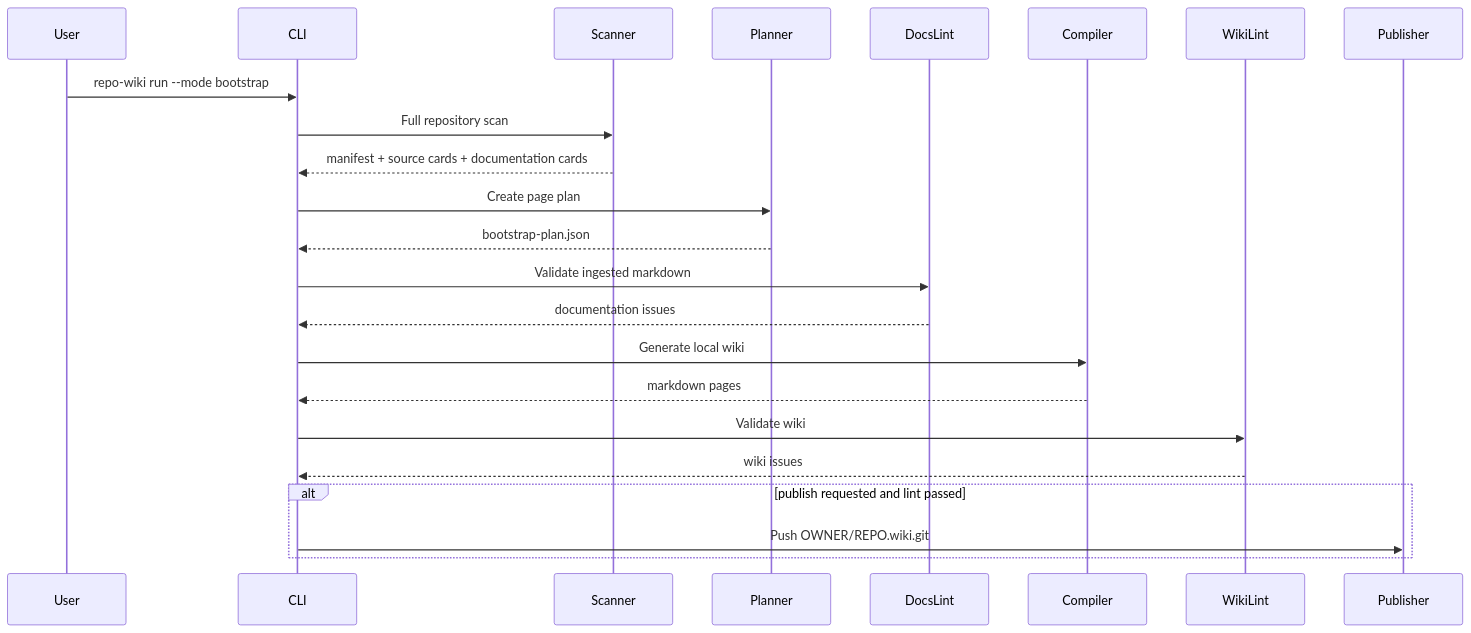
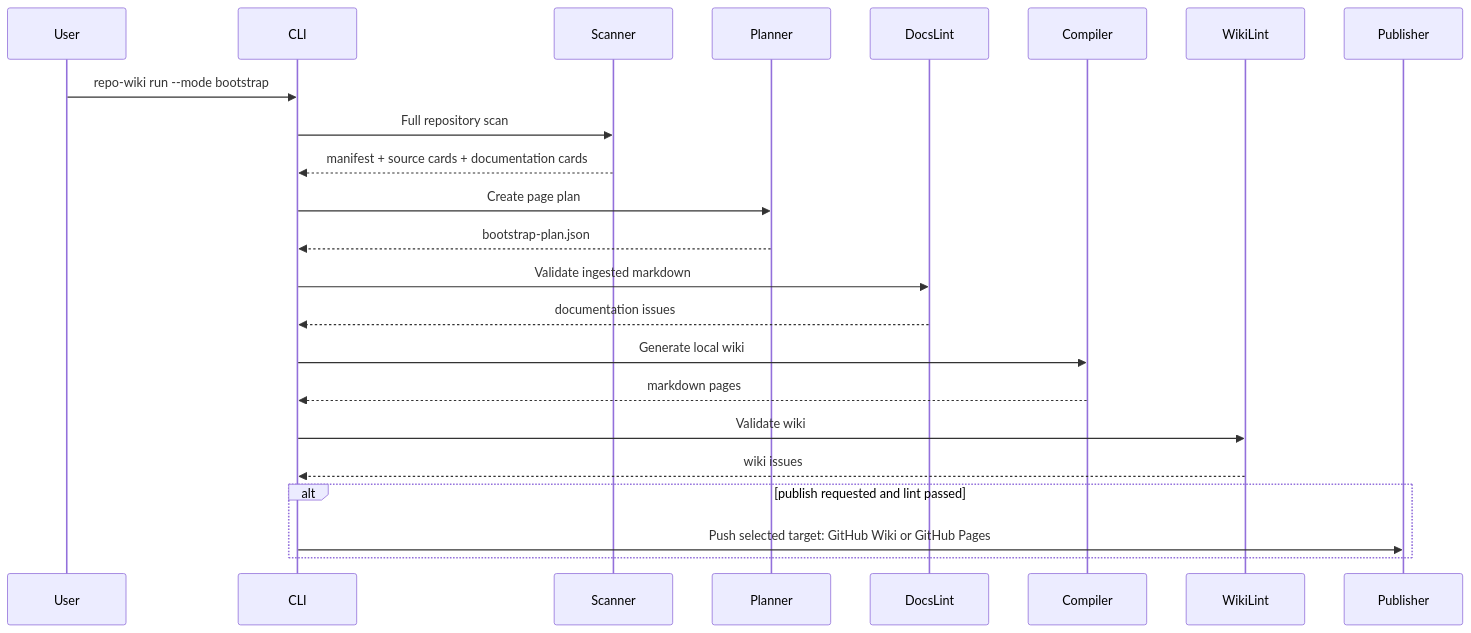
One commit to mfittko/repo-wiki changed the fifth of 10 diagrams in docs/PLAN.md. Above: the diagram before and after it, drawn with Mermaid. The commit also changed other lines of this file, not shown here.

````diff
--- a/docs/PLAN.md
+++ b/docs/PLAN.md
@@ -229,26 +238,26 @@
 ```mermaid
 sequenceDiagram
   participant User
   participant CLI
   participant Scanner
   participant Planner
   participant DocsLint
   participant Compiler
   participant WikiLint
   participant Publisher
 
   User->>CLI: repo-wiki run --mode bootstrap
   CLI->>Scanner: Full repository scan
   Scanner-->>CLI: manifest + source cards + documentation cards
   CLI->>Planner: Create page plan
   Planner-->>CLI: bootstrap-plan.json
   CLI->>DocsLint: Validate ingested markdown
   DocsLint-->>CLI: documentation issues
   CLI->>Compiler: Generate local wiki
   Compiler-->>CLI: markdown pages
   CLI->>WikiLint: Validate wiki
   WikiLint-->>CLI: wiki issues
   alt publish requested and lint passed
-    CLI->>Publisher: Push OWNER/REPO.wiki.git
+    CLI->>Publisher: Push selected target: GitHub Wiki or GitHub Pages
   end
 ```
````
